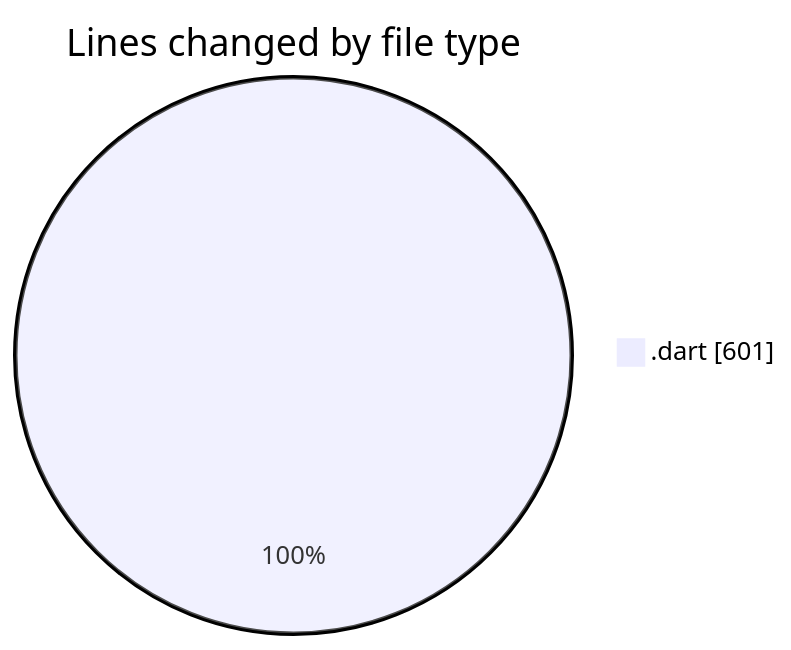
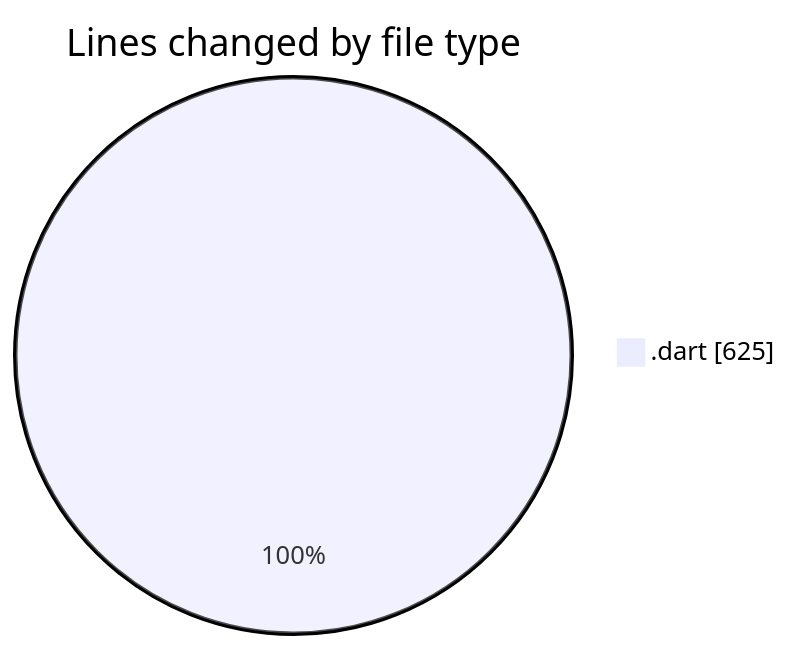
The first of 2 diagrams in 2025-03-25/wordle/README.md (donsfak/code-tracking), drawn with Mermaid before and after one commit. The commit also changed other lines of this file and 1 other file, not shown here.

````diff
--- a/2025-03-25/wordle/README.md
+++ b/2025-03-25/wordle/README.md
@@ -28,5 +28,5 @@
 ```mermaid
 pie showData
 title Lines changed by file type
-".dart" : 601
+".dart" : 625
 ```
````
